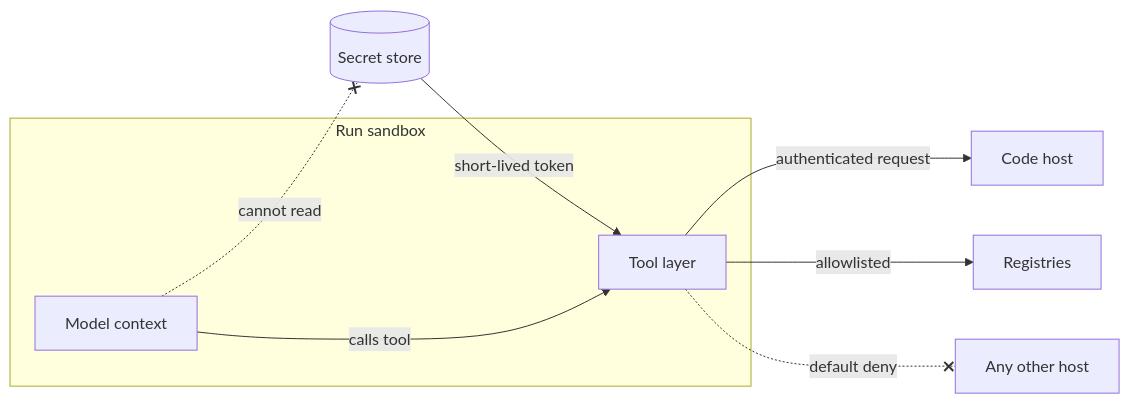
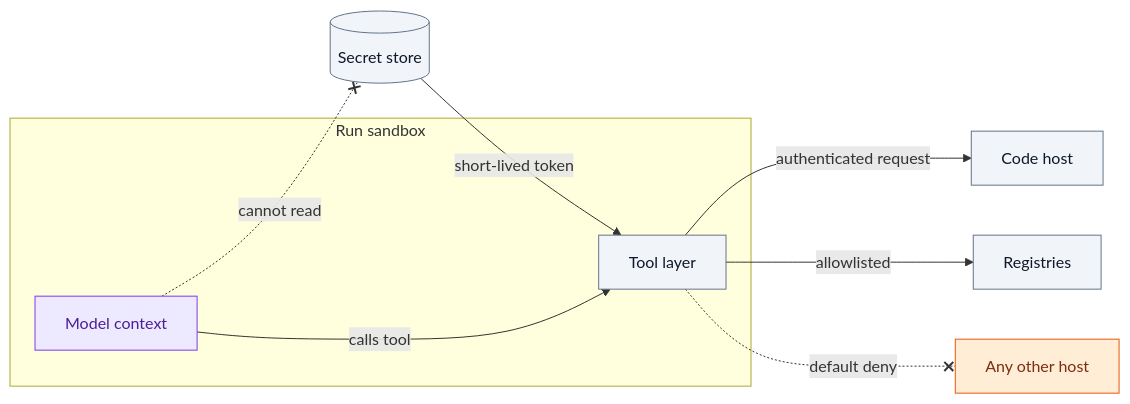
The diagram in docs/04-sandboxes/secrets-and-network.md (icelink-ai/software-factory-manifesto), drawn with Mermaid before and after one commit. The commit also changed other lines of this file and 73 other files, not shown here.

````diff
--- a/docs/04-sandboxes/secrets-and-network.md
+++ b/docs/04-sandboxes/secrets-and-network.md
@@ -29,13 +38,18 @@
 ```mermaid
 flowchart LR
     subgraph Run["Run sandbox"]
-        M["Model context"]
-        T["Tool layer"]
+        M["Model context"]:::agent
+        T["Tool layer"]:::script
     end
-    V[("Secret store")] -->|short-lived token| T
+    V[("Secret store")]:::script -->|short-lived token| T
     M -->|"calls tool"| T
-    T -->|"authenticated request"| GH["Code host"]
-    T -->|allowlisted| REG["Registries"]
+    T -->|"authenticated request"| GH["Code host"]:::script
+    T -->|allowlisted| REG["Registries"]:::script
     M -. "cannot read" .-x V
-    T -. "default deny" .-x NET["Any other host"]
+    T -. "default deny" .-x NET["Any other host"]:::stop
+    classDef person fill:#dbeafe,stroke:#2563eb,color:#1e3a8a
+    classDef script fill:#f1f5f9,stroke:#64748b,color:#0f172a
+    classDef agent fill:#ede9fe,stroke:#7c3aed,color:#4c1d95
+    classDef state fill:#dcfce7,stroke:#16a34a,color:#14532d
+    classDef stop fill:#ffedd5,stroke:#ea580c,color:#7c2d12
 ```
````
